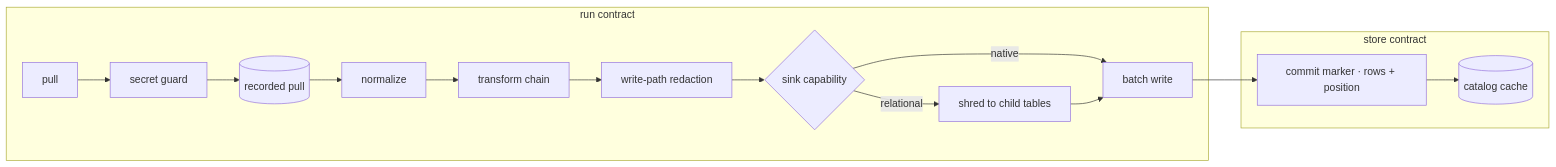
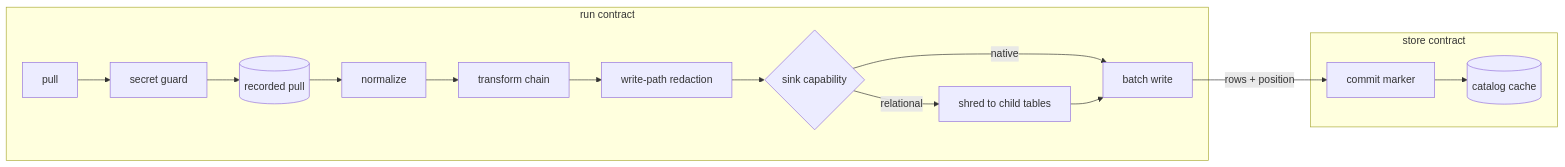
Before and after one commit to fractalboxdev/contextful: the second of 4 diagrams in spec/31-pipeline.md, drawn with Mermaid. The commit also changed other lines of this file and 24 other files, not shown here.

First line of the commit message:
spec: every flowchart draws one entity or process per node

````diff
--- a/spec/31-pipeline.md
+++ b/spec/31-pipeline.md
@@ -179,19 +175,19 @@
 ```mermaid
 flowchart LR
   subgraph RUNC["run contract"]
     P[pull] --> G[secret guard]
     G --> J[(recorded pull)]
     J --> N[normalize]
     N --> T[transform chain]
     T --> R[write-path redaction]
     R --> S{sink capability}
     S -->|native| W[batch write]
     S -->|relational| X[shred to child tables] --> W
   end
   subgraph STORE["store contract"]
-    C["commit marker · rows + position"]
+    C["commit marker"]
     K[(catalog cache)]
   end
-  W --> C
+  W -->|"rows + position"| C
   C --> K
 ```
````
